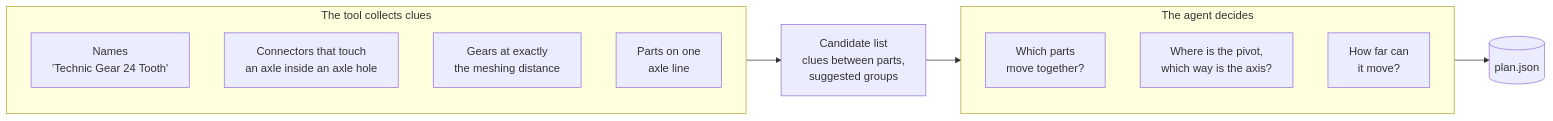
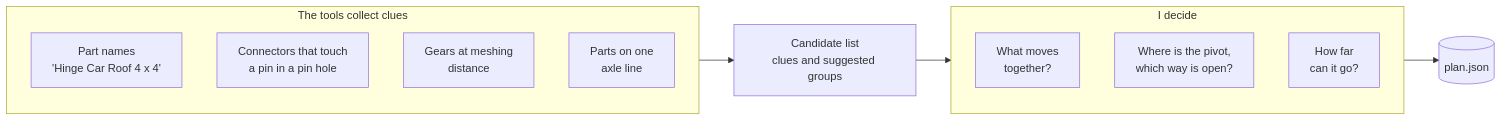
The fourth of 25 diagrams in docs/how-it-works.md (anteloc/ldraw-mecha), drawn with Mermaid before and after one commit. The commit also changed other lines of this file and 1 other file, not shown here.

````diff
--- a/docs/how-it-works.md
+++ b/docs/how-it-works.md
@@ -184,19 +181,19 @@
 ```mermaid
 flowchart LR
-    subgraph tool["The tool collects clues"]
+    subgraph tool["The tools collect clues"]
         direction TB
-        k1["Names<br/>'Technic Gear 24 Tooth'"]
-        k2["Connectors that touch<br/>an axle inside an axle hole"]
-        k3["Gears at exactly<br/>the meshing distance"]
+        k1["Part names<br/>'Hinge Car Roof 4 x 4'"]
+        k2["Connectors that touch<br/>a pin in a pin hole"]
+        k3["Gears at meshing<br/>distance"]
         k4["Parts on one<br/>axle line"]
     end
-    cand["Candidate list<br/>clues between parts,<br/>suggested groups"]
-    subgraph agent["The agent decides"]
+    cand["Candidate list<br/>clues and suggested groups"]
+    subgraph me["I decide"]
         direction TB
-        d1["Which parts<br/>move together?"]
-        d2["Where is the pivot,<br/>which way is the axis?"]
-        d3["How far can<br/>it move?"]
+        d1["What moves<br/>together?"]
+        d2["Where is the pivot,<br/>which way is open?"]
+        d3["How far<br/>can it go?"]
     end
     planfile[("plan.json")]
-    tool --> cand --> agent --> planfile
+    tool --> cand --> me --> planfile
 ```
````
